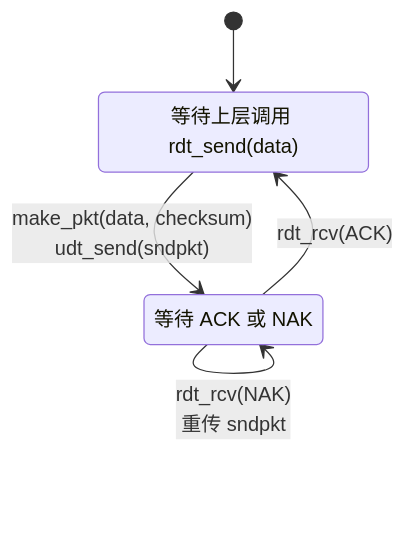
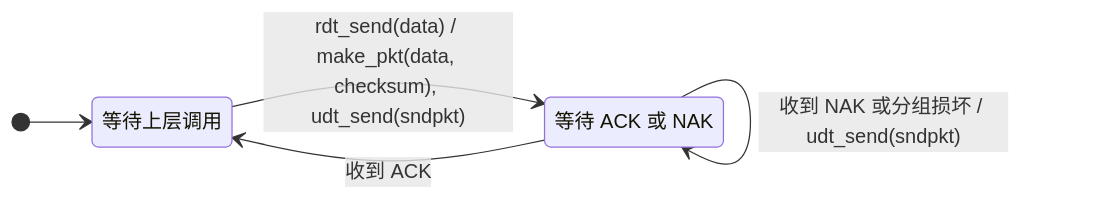
Before and after one commit to Meer-Matze/Meer-Matze.github.io: the ninth of 28 diagrams in src/content/posts/运输层.md, drawn with Mermaid. The commit also changed other lines of this file and 1 other file, not shown here.

````diff
--- a/src/content/posts/运输层.md
+++ b/src/content/posts/运输层.md
@@ -491,10 +369,10 @@
 ```mermaid
 stateDiagram-v2
-    direction TB
+    direction LR
     [*] --> WaitCall
-    WaitCall: 等待上层调用 rdt_send(data)
-    WaitCall --> WaitAckNak: make_pkt(data, checksum)<br/>udt_send(sndpkt)
-    WaitAckNak: 等待 ACK 或 NAK
-    WaitAckNak --> WaitCall: rdt_rcv(ACK)
-    WaitAckNak --> WaitAckNak: rdt_rcv(NAK)<br/>重传 sndpkt
+    WaitCall: 等待上层调用
+    WaitAck: 等待 ACK 或 NAK
+    WaitCall --> WaitAck: rdt_send(data) / make_pkt(data, checksum), udt_send(sndpkt)
+    WaitAck --> WaitAck: 收到 NAK 或分组损坏 / udt_send(sndpkt)
+    WaitAck --> WaitCall: 收到 ACK
 ```
````
